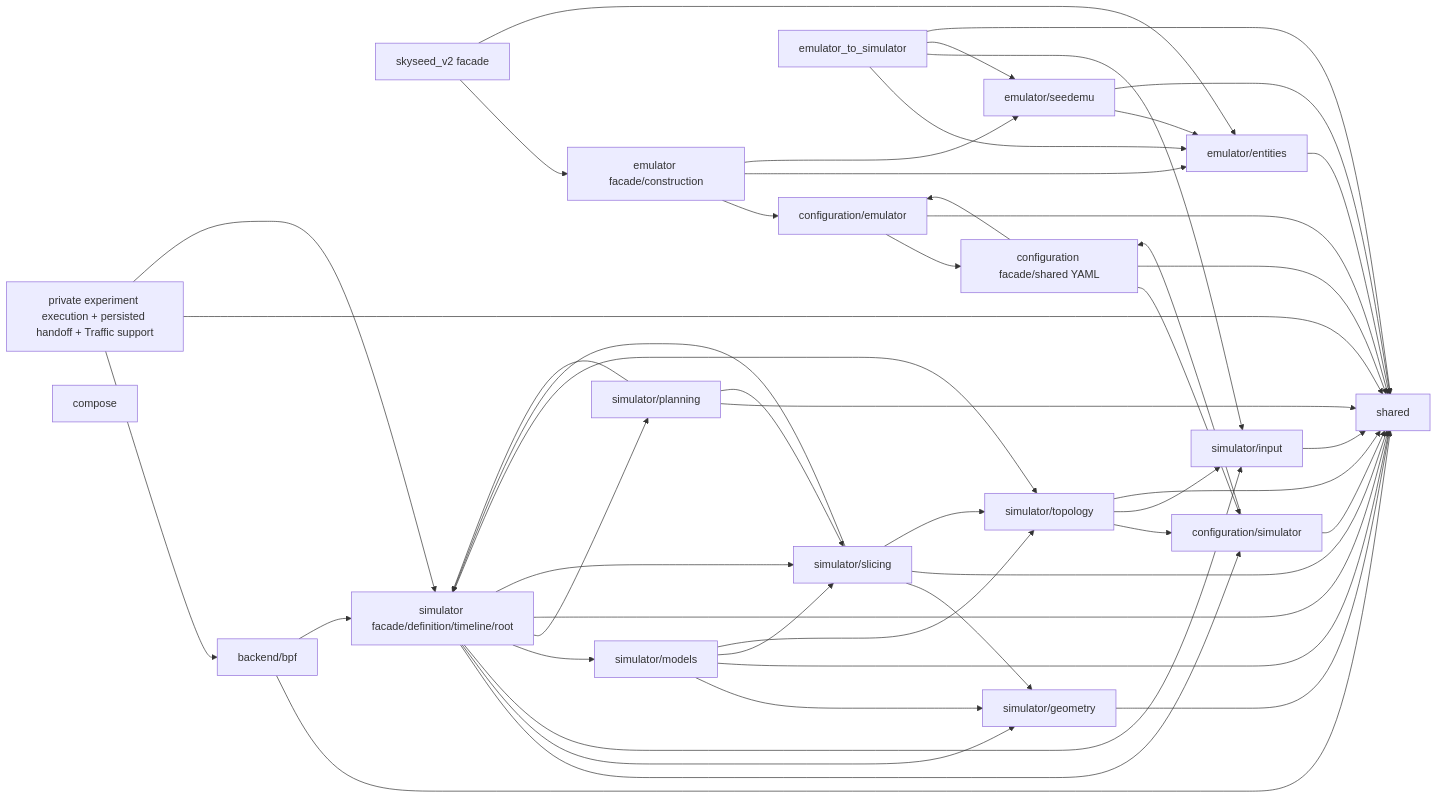
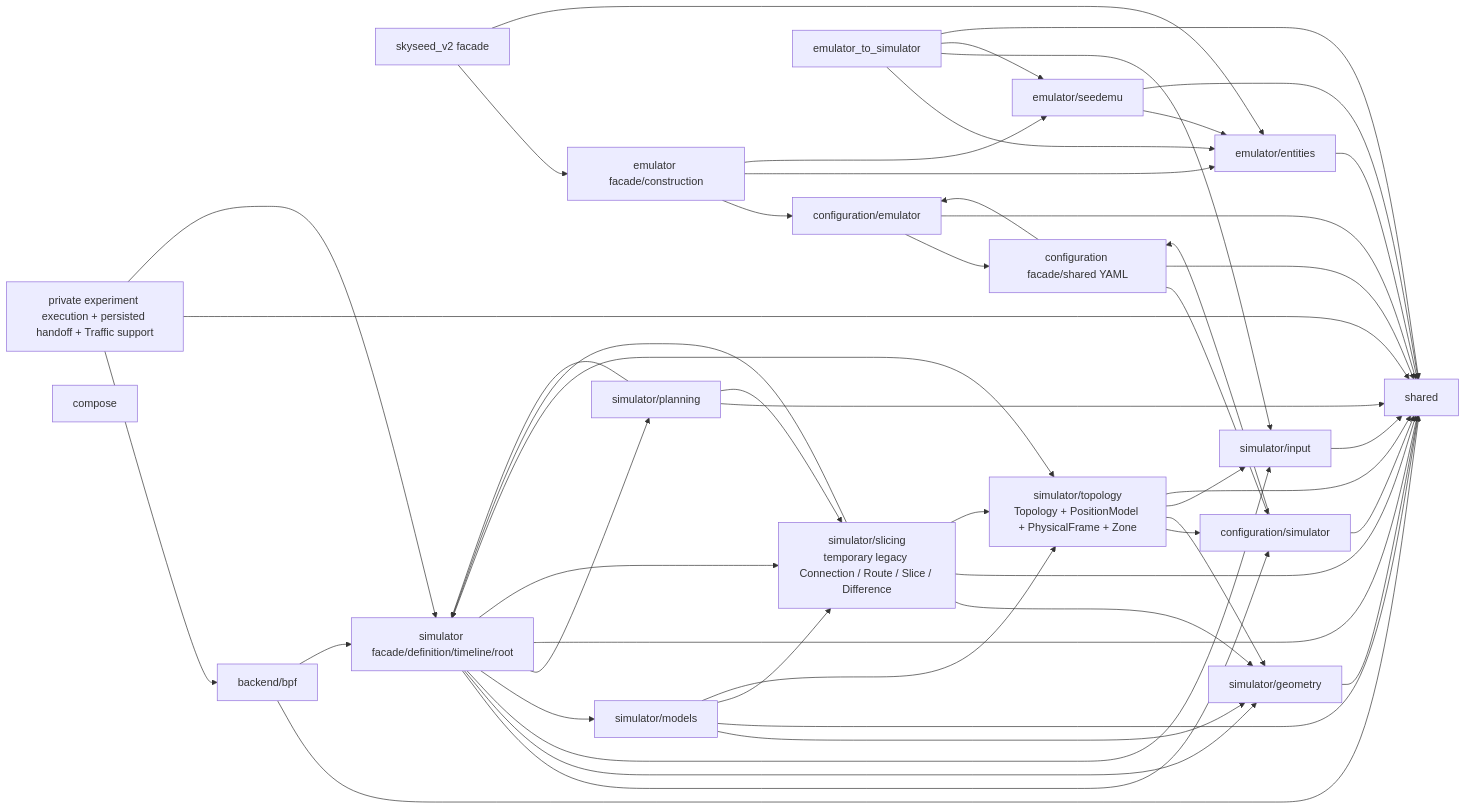
One commit to seed-labs/skyseed changed the diagram in skyseed_v2/docs/human-readable/repository-map.md. Above: the diagram before and after it, drawn with Mermaid. The commit also changed other lines of this file and 94 other files, not shown here.

Commit message:
feat: establish topology physical frame foundation

````diff
--- a/skyseed_v2/docs/human-readable/repository-map.md
+++ b/skyseed_v2/docs/human-readable/repository-map.md
@@ -8,71 +8,72 @@
 ```mermaid
 flowchart LR
     ROOT["skyseed_v2 facade"]
     EXPERIMENT["private experiment execution + persisted handoff + Traffic support"]
     SHARED["shared"]
     CONFIG["configuration facade/shared YAML"]
     CONFIG_EMU["configuration/emulator"]
     CONFIG_SIM["configuration/simulator"]
     EMU["emulator facade/construction"]
     ENTITIES["emulator/entities"]
     SEED["emulator/seedemu"]
     BRIDGE["emulator_to_simulator"]
     INPUT["simulator/input"]
     SIM["simulator facade/definition/timeline/root"]
     GEOMETRY["simulator/geometry"]
-    TOPOLOGY["simulator/topology"]
-    SLICING["simulator/slicing"]
+    TOPOLOGY["simulator/topology<br/>Topology + PositionModel + PhysicalFrame + Zone"]
+    SLICING["simulator/slicing<br/>temporary legacy Connection / Route / Slice / Difference"]
     MODELS["simulator/models"]
     PLANNING["simulator/planning"]
     COMPOSE["compose"]
     BPF["backend/bpf"]
 
     EXPERIMENT --> BPF
     EXPERIMENT --> SHARED
     EXPERIMENT --> SIM
     BRIDGE --> ENTITIES
     BRIDGE --> INPUT
     BRIDGE --> SEED
     BRIDGE --> SHARED
     CONFIG --> CONFIG_EMU
     CONFIG --> CONFIG_SIM
     CONFIG --> SHARED
     CONFIG_EMU --> CONFIG
     CONFIG_EMU --> SHARED
     CONFIG_SIM --> CONFIG
     CONFIG_SIM --> SHARED
     EMU --> CONFIG_EMU
     EMU --> ENTITIES
     EMU --> SEED
     ENTITIES --> SHARED
     GEOMETRY --> SHARED
     INPUT --> SHARED
     MODELS --> GEOMETRY
     MODELS --> SHARED
     MODELS --> SLICING
     MODELS --> TOPOLOGY
     ROOT --> EMU
     ROOT --> ENTITIES
     SEED --> ENTITIES
     SEED --> SHARED
     SIM --> CONFIG_SIM
     SIM --> GEOMETRY
     SIM --> INPUT
     SIM --> MODELS
     SIM --> PLANNING
     SIM --> SHARED
     SIM --> SLICING
     SIM --> TOPOLOGY
     SLICING --> GEOMETRY
     SLICING --> SHARED
     SLICING --> SIM
     SLICING --> TOPOLOGY
     PLANNING --> SHARED
     PLANNING --> SIM
     PLANNING --> SLICING
     TOPOLOGY --> CONFIG_SIM
+    TOPOLOGY --> GEOMETRY
     TOPOLOGY --> INPUT
     TOPOLOGY --> SHARED
     BPF --> SHARED
     BPF --> SIM
 ```
````
